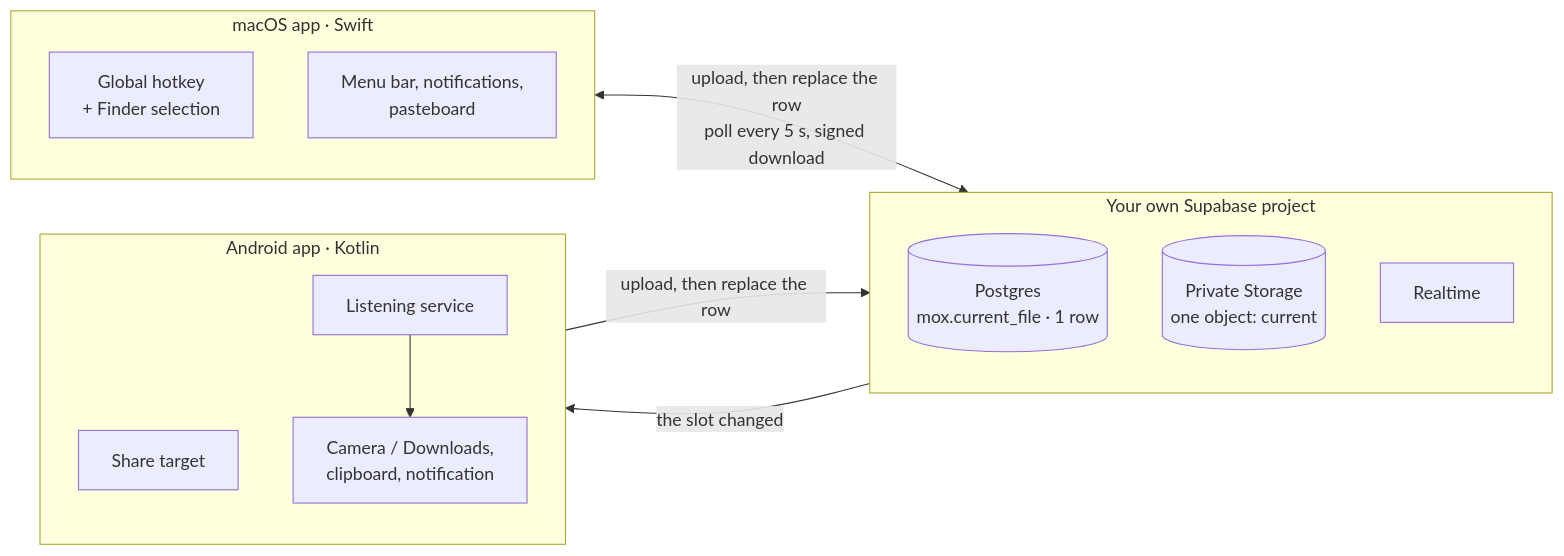
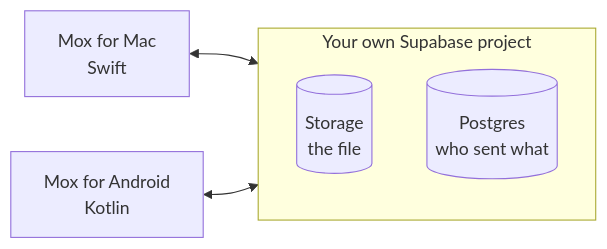
Before and after one commit to GiamSoo23/Mox: the first of 2 diagrams in README.md, drawn with Mermaid. The commit also changed other lines of this file and 12 other files, not shown here.

````diff
--- a/README.md
+++ b/README.md
@@ -39,27 +36,12 @@
 ```mermaid
 flowchart LR
-    subgraph MAC["macOS app · Swift"]
-        direction TB
-        HK["Global hotkey<br/>+ Finder selection"]
-        MB["Menu bar, notifications,<br/>pasteboard"]
-    end
-
+    MAC["Mox for Mac<br/>Swift"]
+    AND["Mox for Android<br/>Kotlin"]
     subgraph SUPA["Your own Supabase project"]
         direction TB
-        PG[("Postgres<br/>mox.current_file · 1 row")]
-        ST[("Private Storage<br/>one object: current")]
-        RT["Realtime"]
+        ST[("Storage<br/>the file")]
+        PG[("Postgres<br/>who sent what")]
     end
-
-    subgraph AND["Android app · Kotlin"]
-        direction TB
-        SH["Share target"]
-        LS["Listening service"]
-        DL["Camera / Downloads,<br/>clipboard, notification"]
-    end
-
-    MAC <-- "upload, then replace the row<br/>poll every 5 s, signed download" --> SUPA
-    AND -- "upload, then replace the row" --> SUPA
-    RT -- "the slot changed" --> LS
-    LS --> DL
+    MAC <--> SUPA
+    AND <--> SUPA
 ```
````
